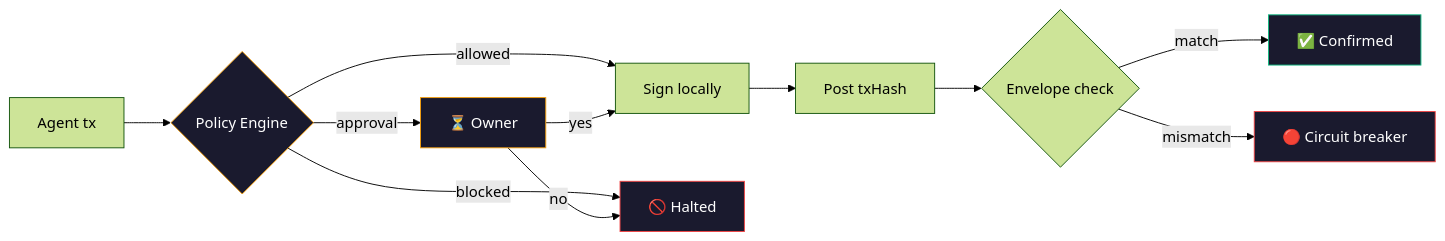
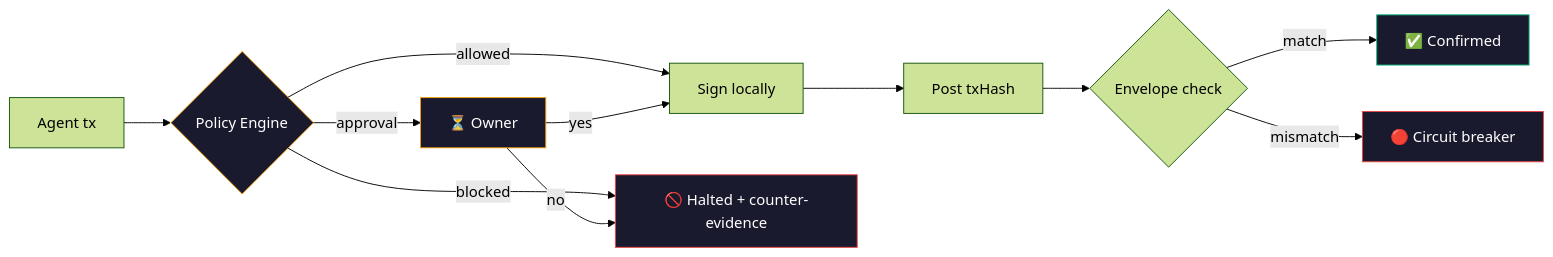
One commit to SwiftAdviser/mandate changed the diagram in README.md. Above: the diagram before and after it, drawn with Mermaid (forest theme). The commit also changed other lines of this file, not shown here.

Commit message:
docs: clarify block response includes counter-evidence for the agent

````diff
--- a/README.md
+++ b/README.md
@@ -24,16 +24,16 @@
 ```mermaid
 flowchart LR
     A[Agent tx] --> B{Policy Engine}
     B -->|allowed| C[Sign locally] --> D[Post txHash] --> E{Envelope check}
-    B -->|blocked| F[🚫 Halted]
+    B -->|blocked| F["🚫 Halted + counter-evidence"]
     B -->|approval| G[⏳ Owner] -->|yes| C
     G -->|no| F
     E -->|match| H[✅ Confirmed]
     E -->|mismatch| I[🔴 Circuit breaker]
 
     style B fill:#1a1a2e,stroke:#f59e0b,color:#fff
     style F fill:#1a1a2e,stroke:#ef4444,color:#fff
     style G fill:#1a1a2e,stroke:#f59e0b,color:#fff
     style H fill:#1a1a2e,stroke:#10b981,color:#fff
     style I fill:#1a1a2e,stroke:#ef4444,color:#fff
 ```
````
